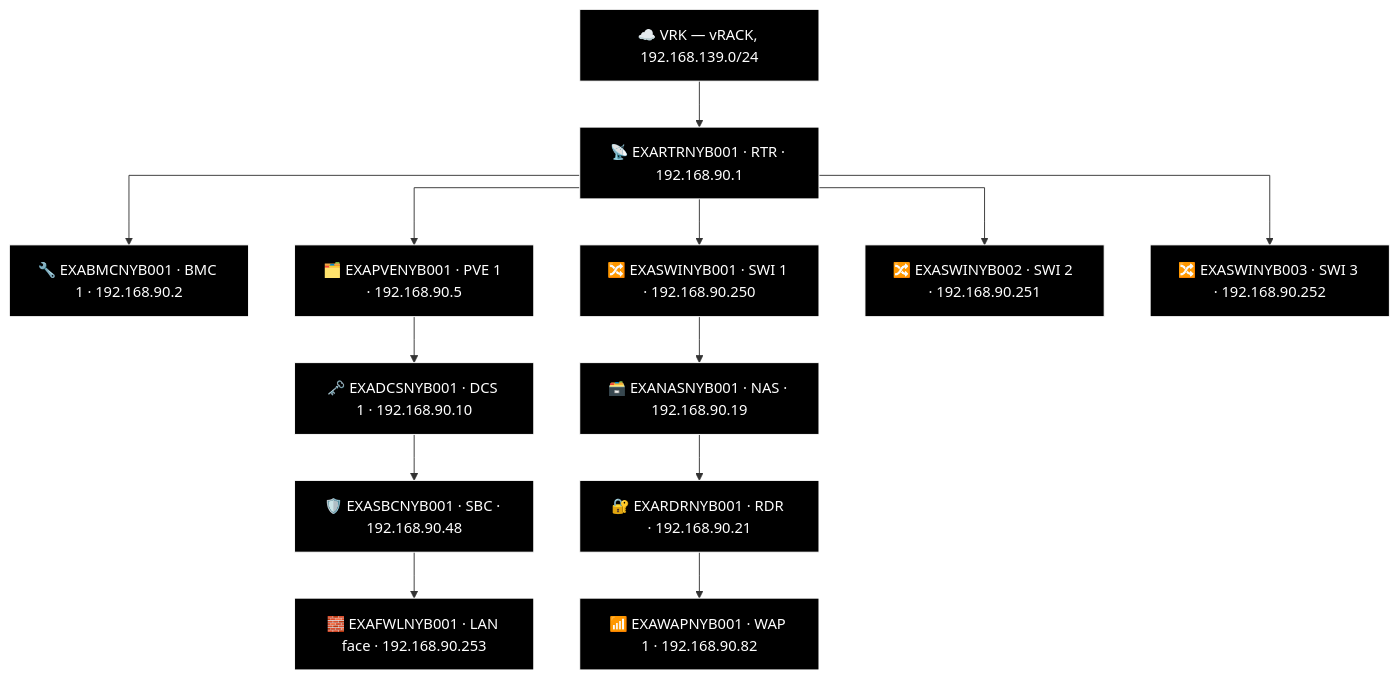
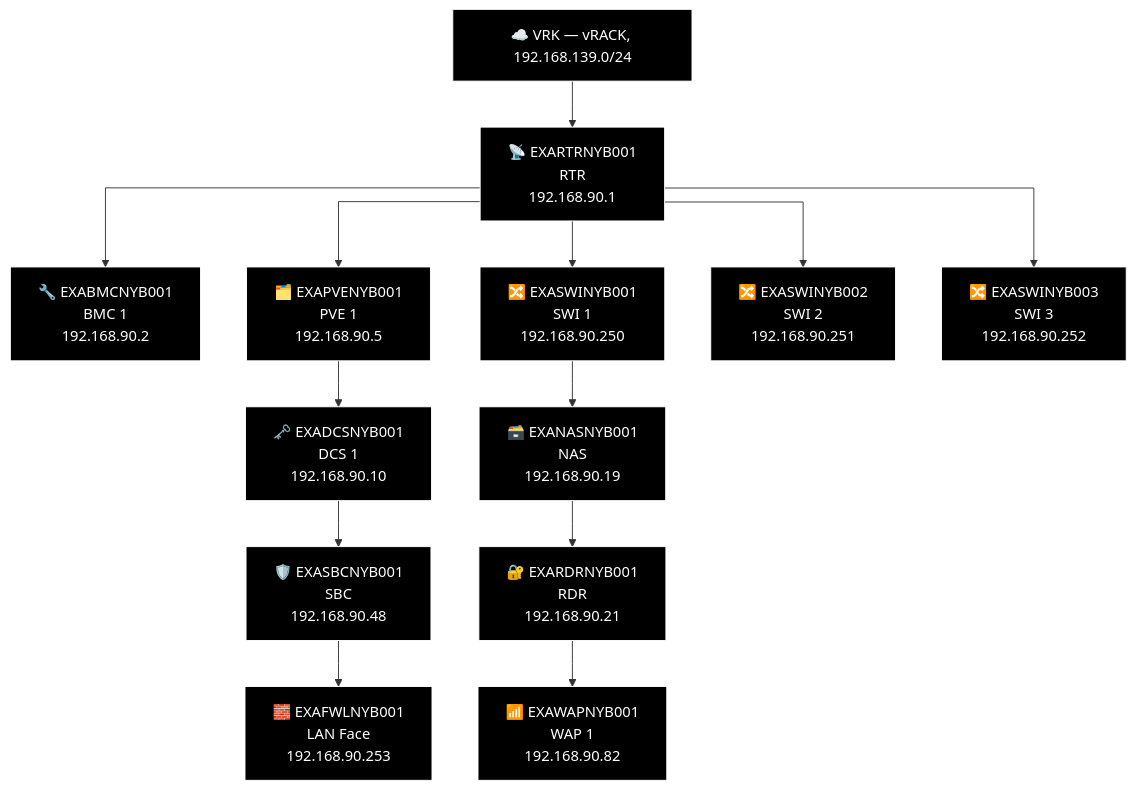
Diagram 18 of 18 in docs/network-diagram/danmark.md (knightmare2600/example_music_infra), drawn with Mermaid before and after one commit. The commit also changed other lines of this file and 18 other files, not shown here.

````diff
--- a/docs/network-diagram/danmark.md
+++ b/docs/network-diagram/danmark.md
@@ -649,40 +649,40 @@
 ```mermaid
 %% GENERATED:TOPOLOGY:NYB:START
 %%{init: {'flowchart': {'curve': 'stepAfter'}}}%%
 graph TD
     T_VRK["☁️ VRK — vRACK, 192.168.139.0/24"]
-    T_RTR["📡 EXARTRNYB001 · RTR · 192.168.90.1"]
+    T_RTR["📡 EXARTRNYB001<br/>RTR<br/>192.168.90.1"]
     T_VRK --> T_RTR
-    T_BMC["🔧 EXABMCNYB001 · BMC 1 · 192.168.90.2"]
+    T_BMC["🔧 EXABMCNYB001<br/>BMC 1<br/>192.168.90.2"]
     T_RTR --> T_BMC
-    T_PVE["🗂️ EXAPVENYB001 · PVE 1 · 192.168.90.5"]
+    T_PVE["🗂️ EXAPVENYB001<br/>PVE 1<br/>192.168.90.5"]
     T_RTR --> T_PVE
-    T_SWI["🔀 EXASWINYB001 · SWI 1 · 192.168.90.250"]
+    T_SWI["🔀 EXASWINYB001<br/>SWI 1<br/>192.168.90.250"]
     T_RTR --> T_SWI
-    T_SWI2["🔀 EXASWINYB002 · SWI 2 · 192.168.90.251"]
+    T_SWI2["🔀 EXASWINYB002<br/>SWI 2<br/>192.168.90.251"]
     T_RTR --> T_SWI2
-    T_SWI3["🔀 EXASWINYB003 · SWI 3 · 192.168.90.252"]
+    T_SWI3["🔀 EXASWINYB003<br/>SWI 3<br/>192.168.90.252"]
     T_RTR --> T_SWI3
-    T_NAS["🗃️ EXANASNYB001 · NAS · 192.168.90.19"]
-    T_RDR["🔐 EXARDRNYB001 · RDR · 192.168.90.21"]
-    T_WAP["📶 EXAWAPNYB001 · WAP 1 · 192.168.90.82"]
+    T_NAS["🗃️ EXANASNYB001<br/>NAS<br/>192.168.90.19"]
+    T_RDR["🔐 EXARDRNYB001<br/>RDR<br/>192.168.90.21"]
+    T_WAP["📶 EXAWAPNYB001<br/>WAP 1<br/>192.168.90.82"]
     T_SWI --> T_NAS --> T_RDR --> T_WAP
-    T_DCS["🗝️ EXADCSNYB001 · DCS 1 · 192.168.90.10"]
-    T_SBC["🛡️ EXASBCNYB001 · SBC · 192.168.90.48"]
-    T_FWL["🧱 EXAFWLNYB001 · LAN face · 192.168.90.253"]
+    T_DCS["🗝️ EXADCSNYB001<br/>DCS 1<br/>192.168.90.10"]
+    T_SBC["🛡️ EXASBCNYB001<br/>SBC<br/>192.168.90.48"]
+    T_FWL["🧱 EXAFWLNYB001<br/>LAN Face<br/>192.168.90.253"]
     T_PVE --> T_DCS --> T_SBC --> T_FWL
     style T_VRK fill:#000000,stroke:#FFFFFF,color:#FFFFFF
     style T_RTR fill:#000000,stroke:#FFFFFF,color:#FFFFFF
     style T_BMC fill:#000000,stroke:#FFFFFF,color:#FFFFFF
     style T_PVE fill:#000000,stroke:#FFFFFF,color:#FFFFFF
     style T_SWI fill:#000000,stroke:#FFFFFF,color:#FFFFFF
     style T_SWI2 fill:#000000,stroke:#FFFFFF,color:#FFFFFF
     style T_SWI3 fill:#000000,stroke:#FFFFFF,color:#FFFFFF
     style T_NAS fill:#000000,stroke:#FFFFFF,color:#FFFFFF
     style T_RDR fill:#000000,stroke:#FFFFFF,color:#FFFFFF
     style T_WAP fill:#000000,stroke:#FFFFFF,color:#FFFFFF
     style T_DCS fill:#000000,stroke:#FFFFFF,color:#FFFFFF
     style T_SBC fill:#000000,stroke:#FFFFFF,color:#FFFFFF
     style T_FWL fill:#000000,stroke:#FFFFFF,color:#FFFFFF
 %% GENERATED:TOPOLOGY:NYB:END
 ```
````
